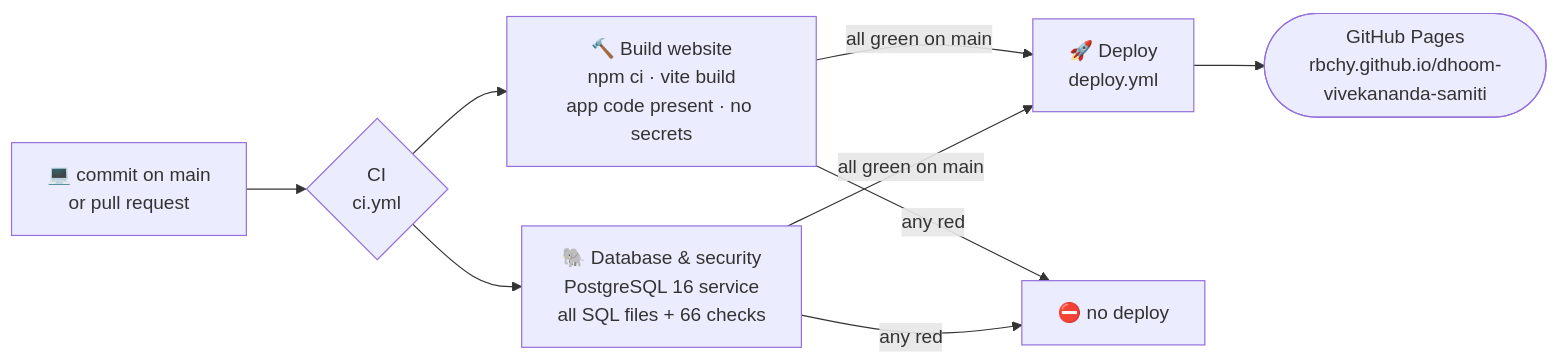
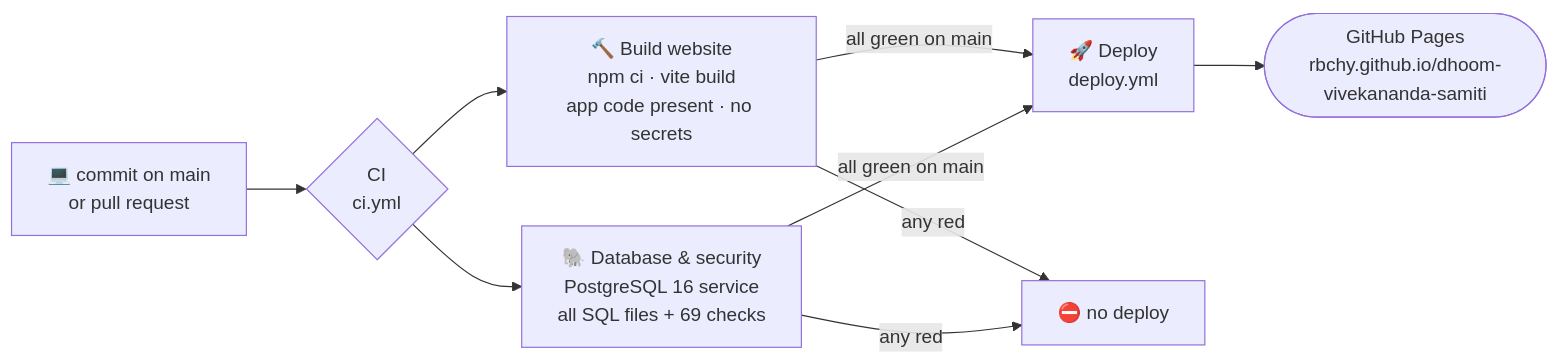
Before and after one commit to rbchy/dhoom-vivekananda-samiti: the fifth of 6 diagrams in README.md, drawn with Mermaid. The commit also changed other lines of this file and 13 other files, not shown here.

````diff
--- a/README.md
+++ b/README.md
@@ -286,9 +286,9 @@
 ```mermaid
 flowchart LR
   DEV["💻 commit on main<br/>or pull request"] --> CI{"CI<br/>ci.yml"}
   CI --> J1["🔨 Build website<br/>npm ci · vite build<br/>app code present · no secrets"]
-  CI --> J2["🐘 Database & security<br/>PostgreSQL 16 service<br/>all SQL files + 66 checks"]
+  CI --> J2["🐘 Database & security<br/>PostgreSQL 16 service<br/>all SQL files + 69 checks"]
   J1 & J2 -->|all green on main| CD["🚀 Deploy<br/>deploy.yml"]
   CD --> PAGES(["GitHub Pages<br/>rbchy.github.io/dhoom-vivekananda-samiti"])
   J1 & J2 -->|any red| STOP["⛔ no deploy"]
 ```
````
